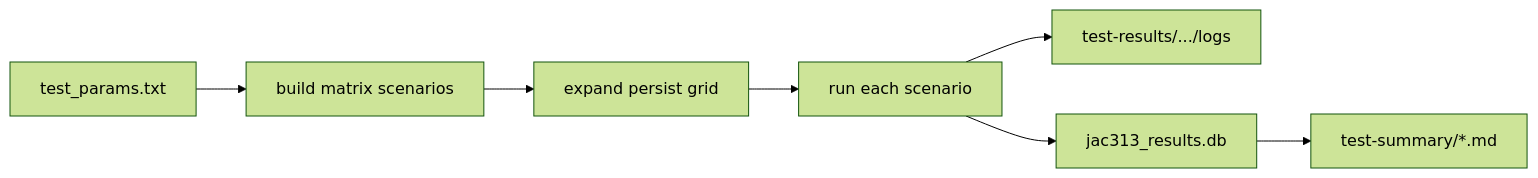
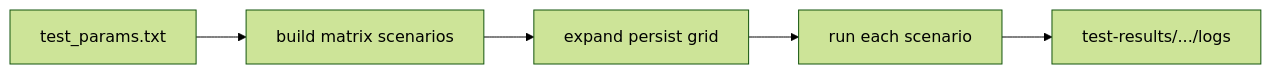
Before and after one commit to JayACarlsonAtHome/jac313: the second of 2 diagrams in v002/docs/Architecture.md, drawn with Mermaid (forest theme). The commit also changed other lines of this file and 13 other files, not shown here.

````diff
--- a/v002/docs/Architecture.md
+++ b/v002/docs/Architecture.md
@@ -87,9 +87,7 @@
 ```mermaid
 flowchart LR
     A[test_params.txt] --> B[build matrix scenarios]
     B --> C[expand persist grid]
     C --> D[run each scenario]
     D --> E[test-results/.../logs]
-    D --> F[jac313_results.db]
-    F --> G[test-summary/*.md]
 ```
````
